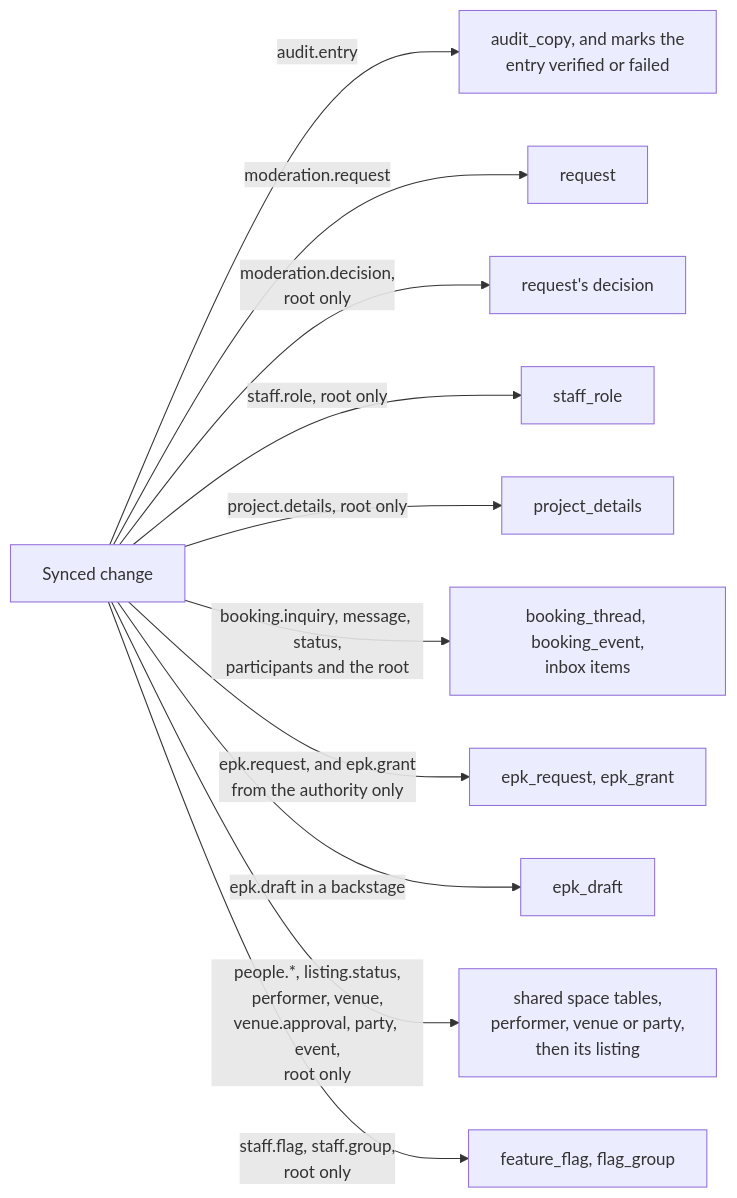
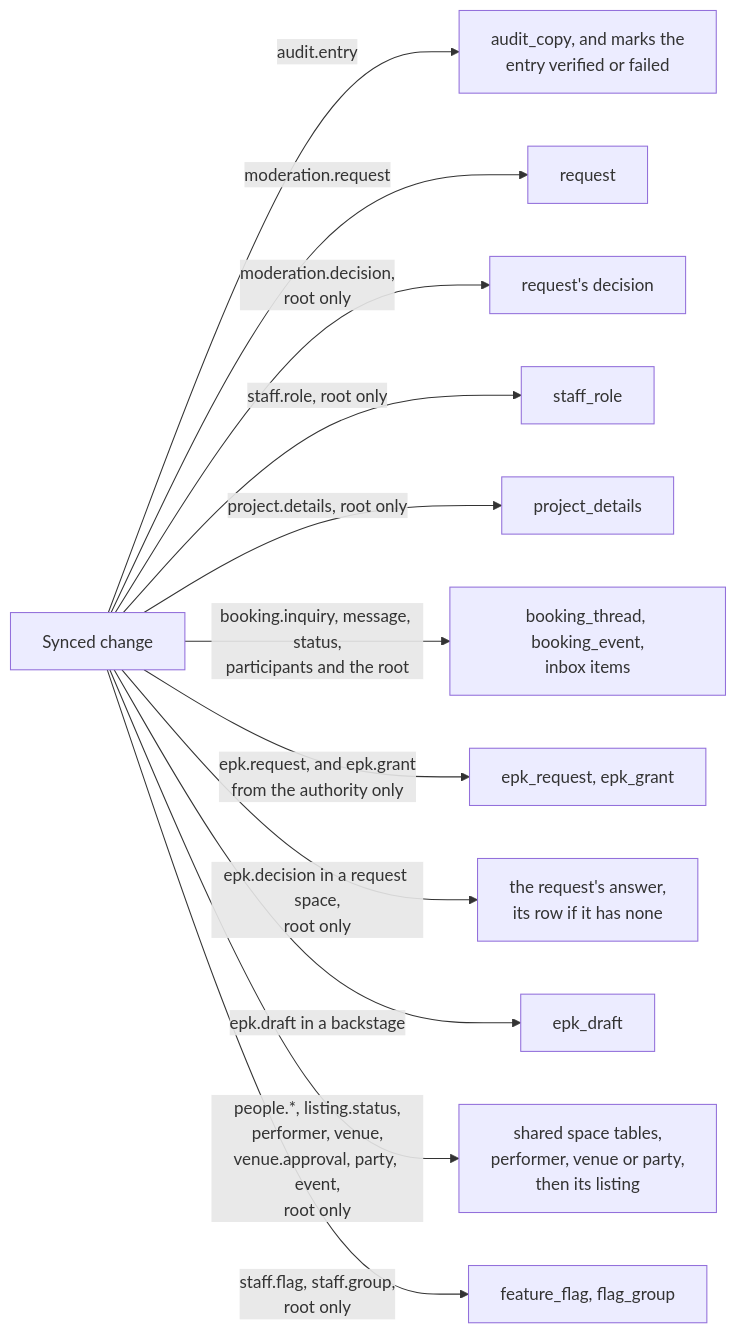
Before and after one commit to cutenode/localnetwork: the seventh of 8 diagrams in apps/web/docs/diagrams/spaces.md, drawn with Mermaid. The commit also changed 16 other files, not shown here.

First line of the commit message:
fix(web): keep press kit answers in the request space, and list what a re-sync can't bring back

````diff
--- a/apps/web/docs/diagrams/spaces.md
+++ b/apps/web/docs/diagrams/spaces.md
@@ -170,14 +170,15 @@
 ```mermaid
 flowchart LR
   Sync["Synced change"]
   Sync -- "audit.entry" --> A1["audit_copy, and marks the<br/>entry verified or failed"]
   Sync -- "moderation.request" --> A2["request"]
   Sync -- "moderation.decision,<br/>root only" --> A3["request's decision"]
   Sync -- "staff.role, root only" --> A4["staff_role"]
   Sync -- "project.details, root only" --> A5["project_details"]
   Sync -- "booking.inquiry, message, status,<br/>participants and the root" --> A6["booking_thread, booking_event,<br/>inbox items"]
   Sync -- "epk.request, and epk.grant<br/>from the authority only" --> A7["epk_request, epk_grant"]
+  Sync -- "epk.decision in a request space,<br/>root only" --> A11["the request's answer,<br/>its row if it has none"]
   Sync -- "epk.draft in a backstage" --> A8["epk_draft"]
   Sync -- "people.*, listing.status,<br/>performer, venue,<br/>venue.approval, party, event,<br/>root only" --> A9["shared space tables,<br/>performer, venue or party,<br/>then its listing"]
   Sync -- "staff.flag, staff.group,<br/>root only" --> A10["feature_flag, flag_group"]
 ```
````
